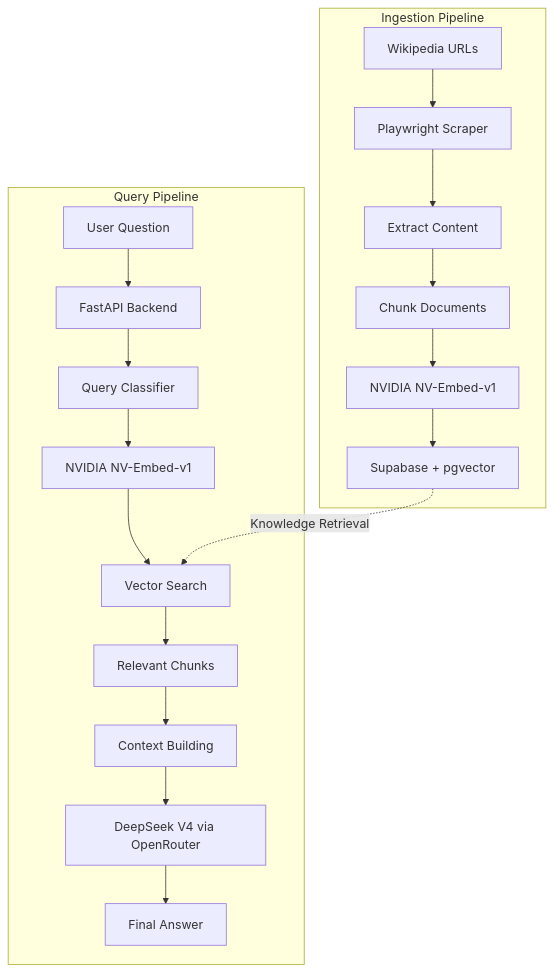
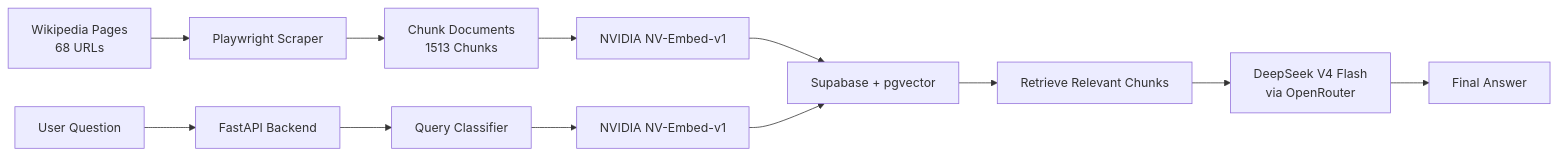
The diagram in README.md (VineshF1/Halos-AI), drawn with Mermaid before and after one commit.

Commit message:
Initial commit: Halos AI — F1 AI Chatbot with RAG + Text-to-SQL

````diff
--- a/README.md
+++ b/README.md
@@ -28,31 +28,18 @@
 ```mermaid
-flowchart TD
+flowchart LR
 
-    subgraph Ingestion Pipeline
-        A[Wikipedia URLs]
-        B[Playwright Scraper]
-        C[Extract Content]
-        D[Chunk Documents]
-        E[NVIDIA NV-Embed-v1]
-        F[Supabase + pgvector]
+    A[Wikipedia Pages<br/>68 URLs] --> B[Playwright Scraper]
+    B --> C[Chunk Documents<br/>1513 Chunks]
+    C --> D[NVIDIA NV-Embed-v1]
+    D --> E[Supabase + pgvector]
 
-        A --> B --> C --> D --> E --> F
-    end
+    F[User Question] --> G[FastAPI Backend]
+    G --> H[Query Classifier]
+    H --> I[NVIDIA NV-Embed-v1]
+    I --> E
 
-    subgraph Query Pipeline
-        G[User Question]
-        H[FastAPI Backend]
-        I[Query Classifier]
-        J[NVIDIA NV-Embed-v1]
-        K[Vector Search]
-        L[Relevant Chunks]
-        M[Context Building]
-        N[DeepSeek V4 via OpenRouter]
-        O[Final Answer]
-
-        G --> H --> I --> J --> K --> L --> M --> N --> O
-    end
-
-    F -. Knowledge Retrieval .-> K
+    E --> J[Retrieve Relevant Chunks]
+    J --> K[DeepSeek V4 Flash<br/>via OpenRouter]
+    K --> L[Final Answer]
 
 ```
````
